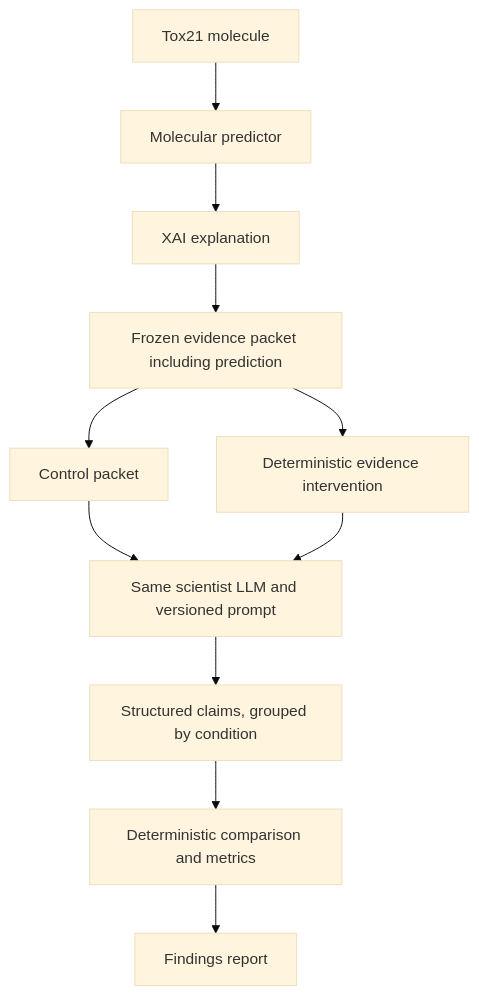
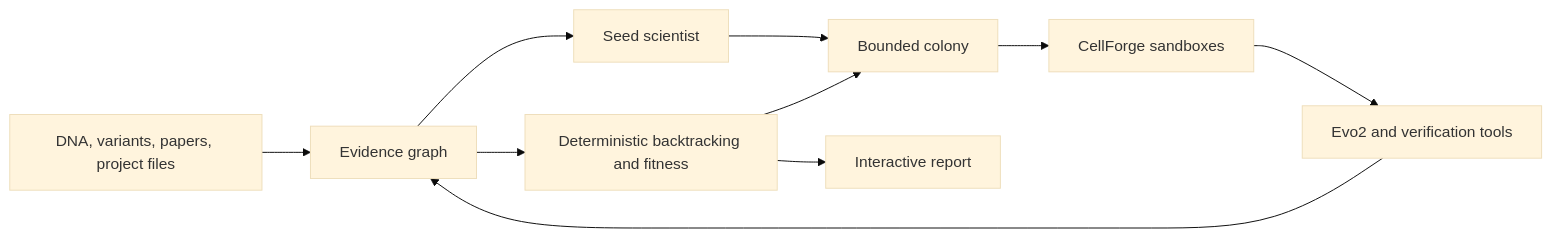
Before and after one commit to srikarjy/concordia: the diagram in README.md, drawn with Mermaid (base theme). The commit also changed other lines of this file, not shown here.

Commit message:
Define Concordia Colony product direction

````diff
--- a/README.md
+++ b/README.md
@@ -19,13 +30,12 @@
 ```mermaid
-flowchart TD
-    M[Tox21 molecule] --> P[Molecular predictor]
-    P --> X[XAI explanation]
-    X --> E[Frozen evidence packet including prediction]
-    E --> C[Control packet]
-    E --> I[Deterministic evidence intervention]
-    C --> L[Same scientist LLM and versioned prompt]
-    I --> L
-    L --> S[Structured claims, grouped by condition]
-    S --> V[Deterministic comparison and metrics]
-    V --> R[Findings report]
+flowchart LR
+    I[DNA, variants, papers, project files] --> G[Evidence graph]
+    G --> S[Seed scientist]
+    S --> C[Bounded colony]
+    C --> F[CellForge sandboxes]
+    F --> T[Evo2 and verification tools]
+    T --> G
+    G --> V[Deterministic backtracking and fitness]
+    V --> C
+    V --> R[Interactive report]
 ```
````
